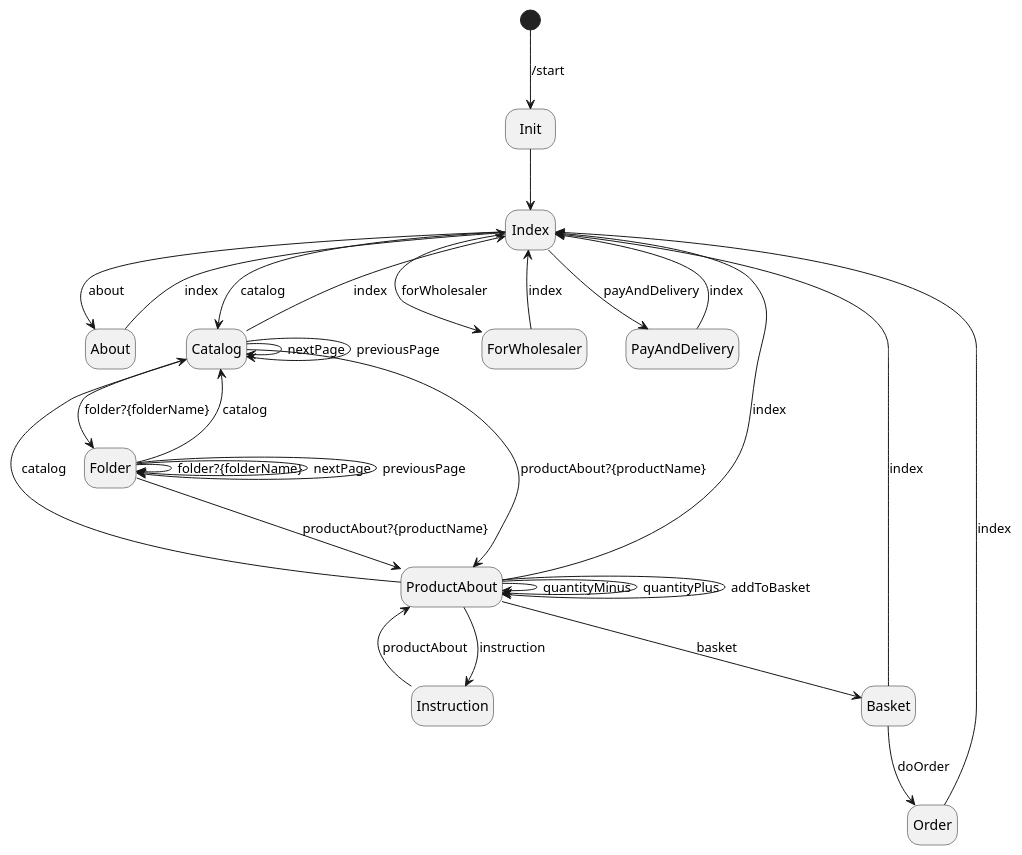
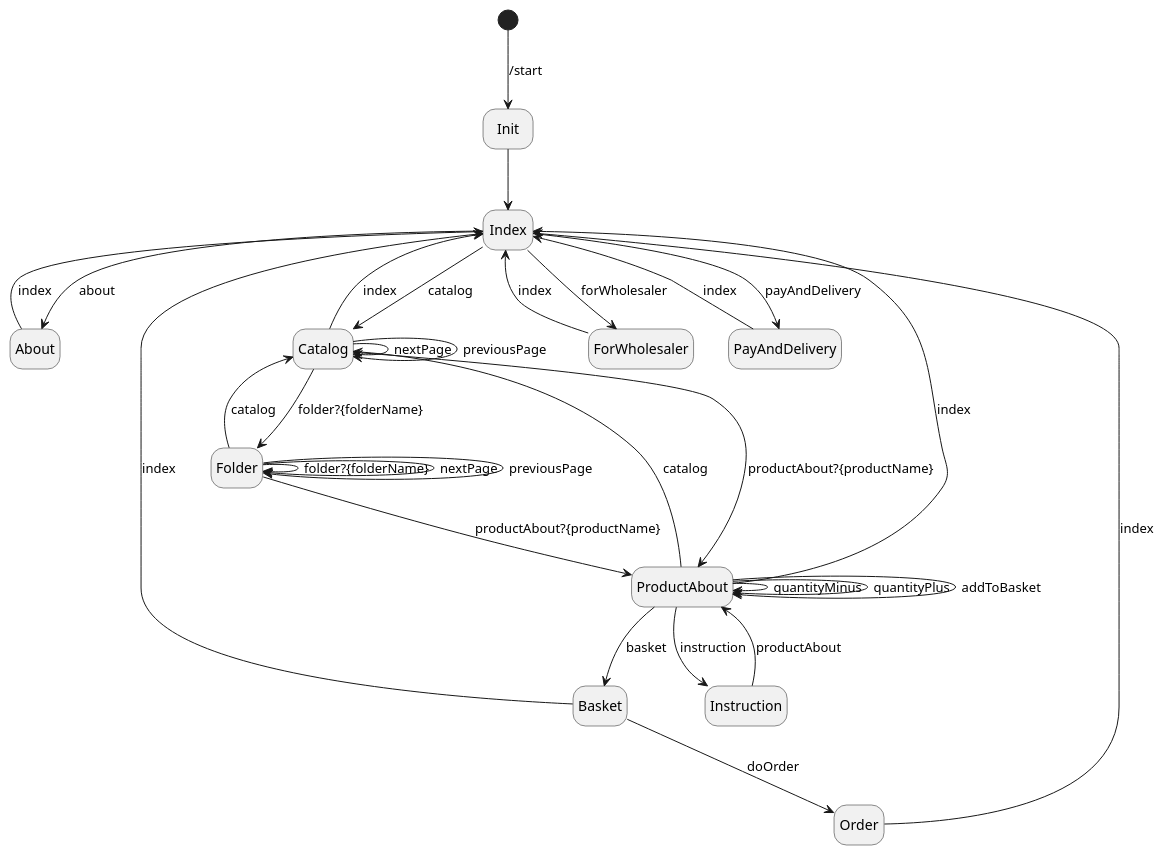
One commit to ViktorShchukin/shopbot changed the diagram in doc/botFsmDiagram.md. Above: the diagram before and after it, drawn with PlantUML. The commit also changed 9 other files, not shown here.

Commit message:
Add Basket and Order state.

````diff
--- a/doc/botFsmDiagram.md
+++ b/doc/botFsmDiagram.md
@@ -2,59 +2,57 @@
 ```plantuml
 hide empty description
 
 state entrypoint <<start>>
 
+state About
+state Basket
+state Catalog
+state Index
 state Init
-state Index
-state About
-state Catalog
+state Order
+state ProductAbout
 state Folder
-state ProductAbout
-state Basket
 state ForWholesaler
-state Order
 state PayAndDelivery
+state Instruction
     
 entrypoint --> Init : /start
 Init --> Index
 
 Index --> About : about
 Index --> Catalog : catalog
 Index --> ForWholesaler : forWholesaler
 Index --> PayAndDelivery : payAndDelivery
 
 ForWholesaler --> Index : index
 About --> Index : index
 PayAndDelivery --> Index : index
 
 Catalog --> Index : index
 Catalog --> ProductAbout : productAbout?{productName}
 Catalog --> Folder : folder?{folderName}
 Catalog --> Catalog : nextPage
 Catalog --> Catalog : previousPage
 
 ''it is not well thought out thing. Can be really changed in the future
 Folder --> Catalog : catalog
 Folder --> Folder : folder?{folderName}
 Folder --> ProductAbout : productAbout?{productName}
 Folder --> Folder : nextPage
 Folder --> Folder : previousPage
 
 ProductAbout --> ProductAbout : quantityMinus
 ProductAbout --> ProductAbout : quantityPlus
 ProductAbout --> ProductAbout : addToBasket
 ProductAbout --> Basket : basket
 ProductAbout --> Index : index
 ProductAbout --> Catalog : catalog
 ProductAbout --> Instruction : instruction
 
 Instruction --> ProductAbout : productAbout
 
-'' we haven't discussed ordering yet, so i think that it is 
-'' silly idea to do predictions about it. It may look really 
-'' different at the mom's point. I prefer to postpone it 
 Basket --> Index : index
 Basket --> Order : doOrder
 
 Order --> Index : index
 ```
````
